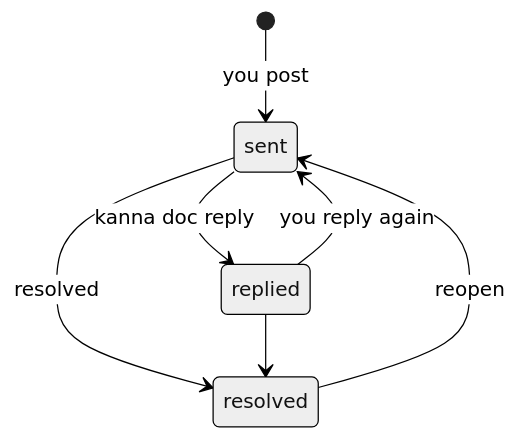
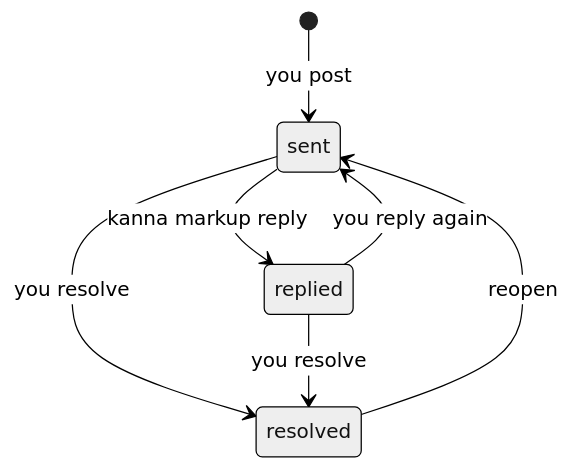
The second of 3 diagrams in docs/specs/doc-markup.md (jemdiggity/kanna-v4), drawn with Mermaid (neutral theme) before and after one commit. The commit also changed other lines of this file and 15 other files, not shown here.

Commit message:
kanna markup comments|show|reply|resolve|reopen answer comments natively; the kanna-markup skill replies and leaves threads open for the user to resolve

````diff
--- a/docs/specs/doc-markup.md
+++ b/docs/specs/doc-markup.md
@@ -105,9 +106,9 @@
 ```mermaid
 stateDiagram-v2
     [*] --> sent: you post
-    sent --> replied: kanna doc reply
+    sent --> replied: kanna markup reply
     replied --> sent: you reply again
-    sent --> resolved: resolved
-    replied --> resolved
+    sent --> resolved: you resolve
+    replied --> resolved: you resolve
     resolved --> sent: reopen
 ```
````
